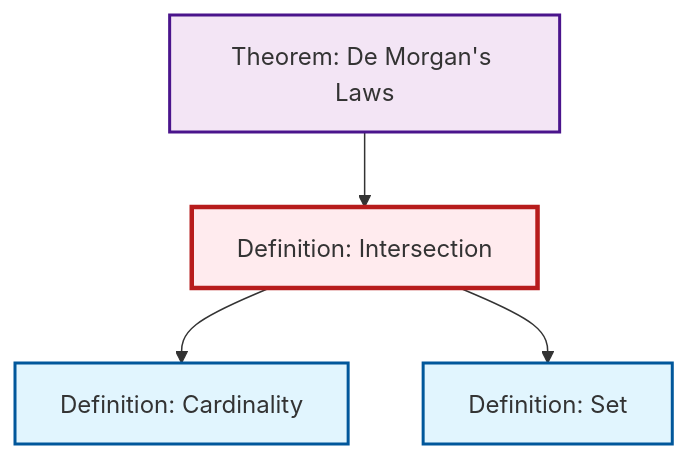
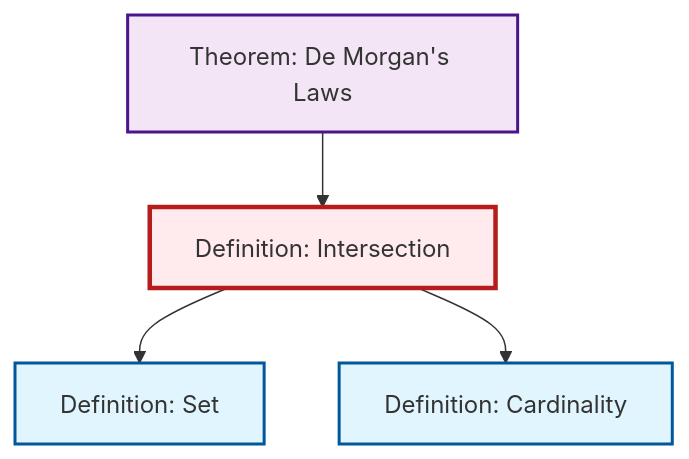
One commit to RK0429/ModernMath changed the diagram in content/en/logic-set-theory/def-intersection.qmd. Above: the diagram before and after it, drawn with Mermaid. The commit also changed other lines of this file and 654 other files, not shown here.

````diff
--- a/content/en/logic-set-theory/def-intersection.qmd
+++ b/content/en/logic-set-theory/def-intersection.qmd
@@ -62,20 +62,20 @@
 ```{mermaid}
 %%| fig-cap: "Local dependency graph"
 graph TD
     classDef definition fill:#e1f5fe,stroke:#01579b,stroke-width:2px
     classDef theorem fill:#f3e5f5,stroke:#4a148c,stroke-width:2px
     classDef axiom fill:#fff3e0,stroke:#e65100,stroke-width:2px
     classDef example fill:#e8f5e9,stroke:#1b5e20,stroke-width:2px
     classDef current fill:#ffebee,stroke:#b71c1c,stroke-width:3px
+    def-set["Definition: Set"]:::definition
+    def-intersection["Definition: Intersection"]:::definition
     def-cardinality["Definition: Cardinality"]:::definition
     thm-de-morgan["Theorem: De Morgan's Laws"]:::theorem
-    def-intersection["Definition: Intersection"]:::definition
-    def-set["Definition: Set"]:::definition
     thm-de-morgan --> def-intersection
+    def-intersection --> def-set
     def-intersection --> def-cardinality
-    def-intersection --> def-set
     class def-intersection current
+    click def-set "def-set.html" "Go to Set definition"
     click def-cardinality "def-cardinality.html" "Go to Cardinality definition"
     click thm-de-morgan "thm-de-morgan.html" "Go to De Morgan's Laws theorem"
-    click def-set "def-set.html" "Go to Set definition"
 ```
````
